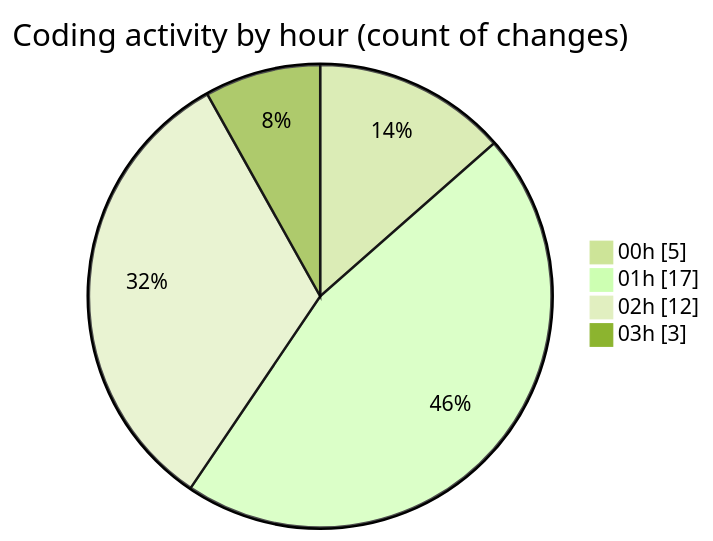
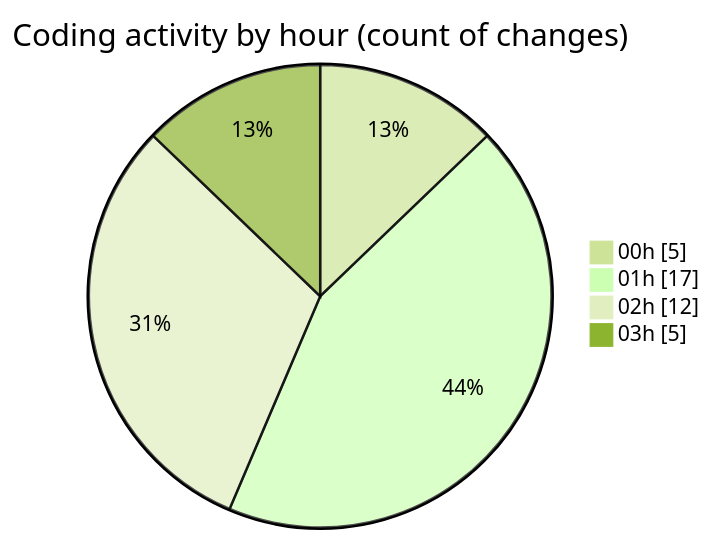
The second of 2 diagrams in 2025-08-04/tw-server/README.md (EIIisD/code-tracking), drawn with Mermaid (forest theme) before and after one commit. The commit also changed other lines of this file and 1 other file, not shown here.

````diff
--- a/2025-08-04/tw-server/README.md
+++ b/2025-08-04/tw-server/README.md
@@ -31,8 +31,8 @@
 ```mermaid
 pie showData
 title Coding activity by hour (count of changes)
 "00h" : 5
 "01h" : 17
 "02h" : 12
-"03h" : 3
+"03h" : 5
 ```
````
